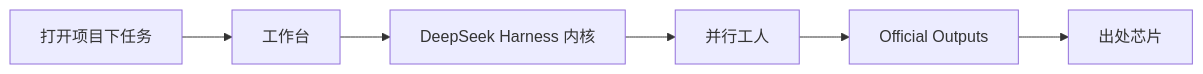
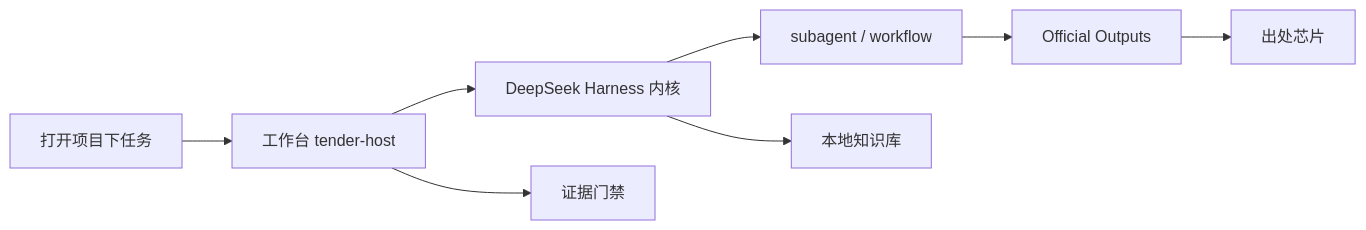
Before and after one commit to xiangxin2021cn/agent-pi: the diagram in README.md, drawn with Mermaid. The commit also changed other lines of this file and 3 other files, not shown here.

````diff
--- a/README.md
+++ b/README.md
@@ -87,8 +113,10 @@
 ```mermaid
 flowchart LR
-    U["打开项目下任务"] --> W["工作台"]
+    U["打开项目下任务"] --> W["工作台 tender-host"]
     W --> K["DeepSeek Harness 内核"]
-    K --> S["并行工人"]
+    K --> S["subagent / workflow"]
     S --> O["Official Outputs"]
     O --> C["出处芯片"]
+    W --> G["证据门禁"]
+    K --> B["本地知识库"]
 ```
````
